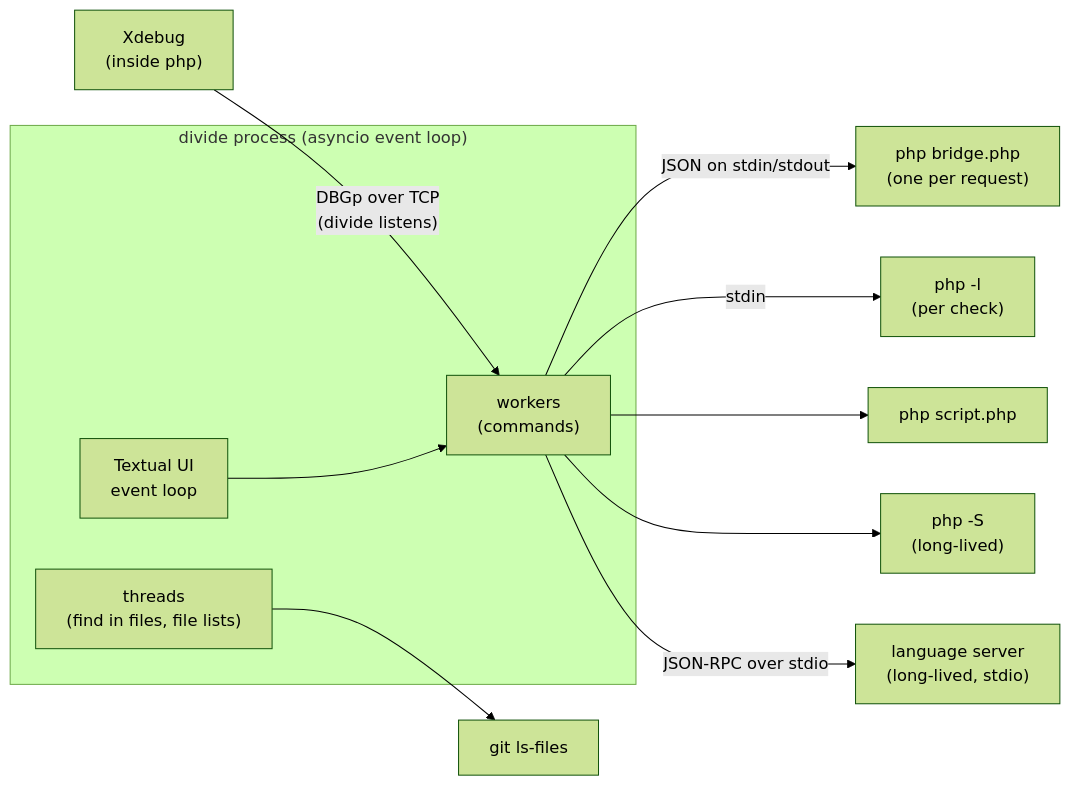
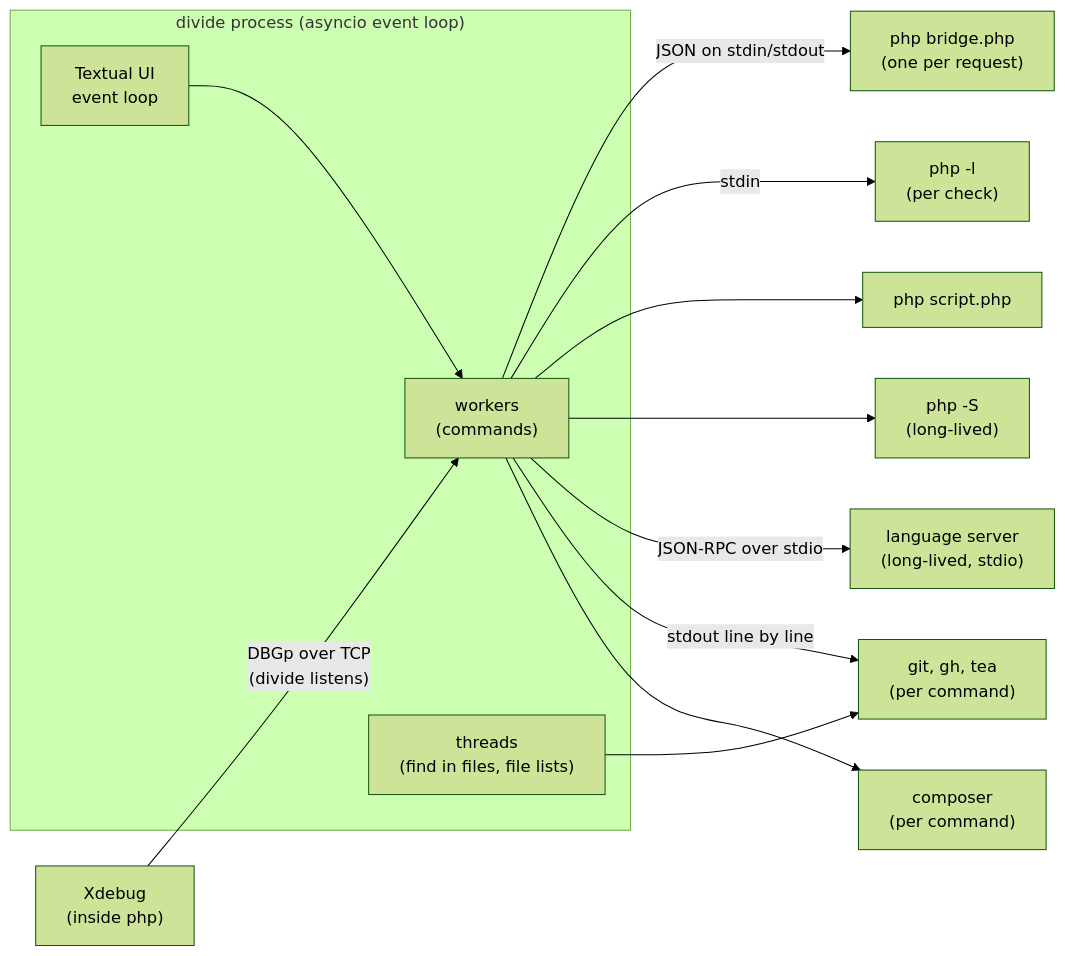
The second of 3 diagrams in docs/software-architecture.md (divengine/divide), drawn with Mermaid (forest theme) before and after one commit. The commit also changed other lines of this file and 13 other files, not shown here.

````diff
--- a/docs/software-architecture.md
+++ b/docs/software-architecture.md
@@ -113,23 +130,26 @@
 ```mermaid
 flowchart LR
     subgraph divide["divide process (asyncio event loop)"]
         UI["Textual UI<br/>event loop"]
         W["workers<br/>(commands)"]
         T["threads<br/>(find in files, file lists)"]
     end
     Bridge["php bridge.php<br/>(one per request)"]
     Lint["php -l<br/>(per check)"]
     Script["php script.php"]
     Server["php -S<br/>(long-lived)"]
     XD["Xdebug<br/>(inside php)"]
     LS["language server<br/>(long-lived, stdio)"]
-    Git["git ls-files"]
+    Git["git, gh, tea<br/>(per command)"]
+    Comp["composer<br/>(per command)"]
     UI --> W
     W -- "JSON on stdin/stdout" --> Bridge
     W -- stdin --> Lint
     W --> Script
     W --> Server
     XD -- "DBGp over TCP<br/>(divide listens)" --> W
     W -- "JSON-RPC over stdio" --> LS
     T --> Git
+    W -- "stdout line by line" --> Git
+    W --> Comp
 ```
````
